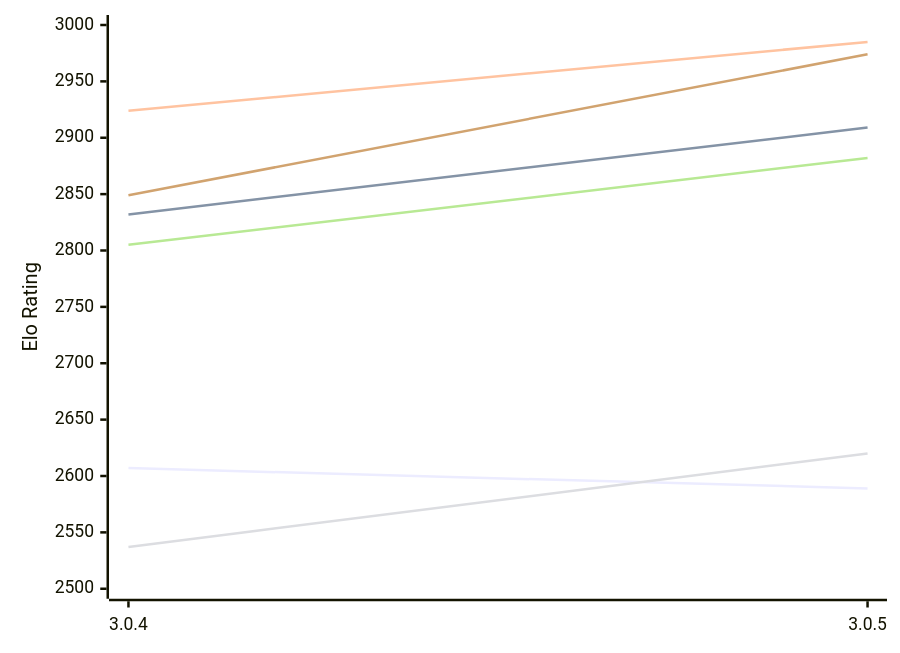
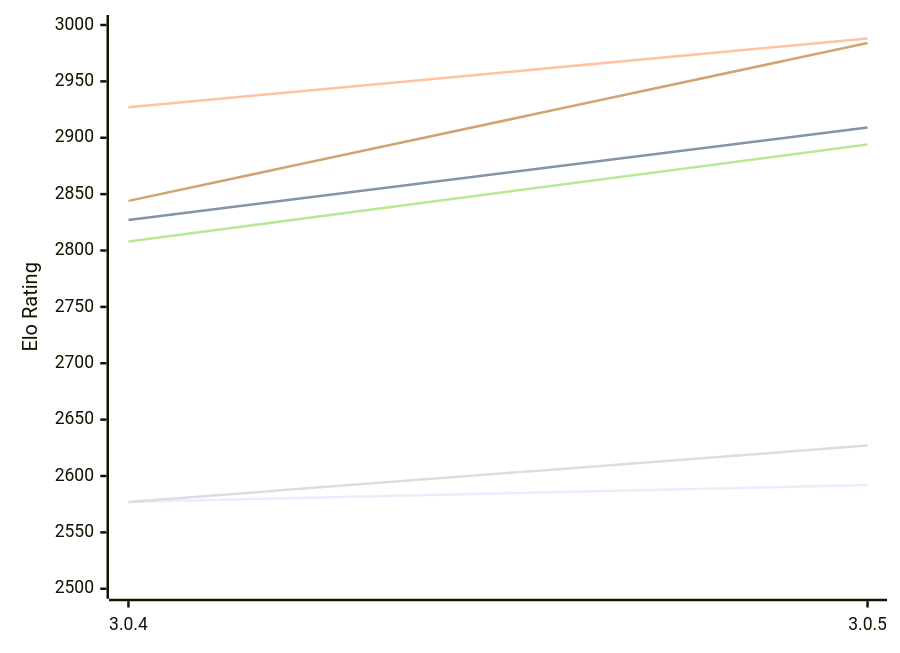
Before and after one commit to computer-chess-index/cci: the first of 2 diagrams in engines/Rudim.md, drawn with Mermaid. The commit also changed other lines of this file, not shown here.

Commit message:
Update CCI Ratings (ELO VLTC) - 2026-11-25

````diff
--- a/engines/Rudim.md
+++ b/engines/Rudim.md
@@ -59,12 +59,12 @@
 ```mermaid
 %%{init: {"theme":"base","themeVariables":{"seriesColors:['#a3a3a3','#222221','#faa371']}}}%%
 xychart-beta
   x-axis ["3.0.4", "3.0.5"]
   y-axis "Elo Rating" 2500 --> 3000
-  line "E1: STC (8.0+0.08s)" [2607, 2589]
-  line "E1: LTC (60.0+0.60s)" [2832, 2909]
-  line "E1: VLTC (2m24s+1.12s)" [2924, 2985]
-  line "P1: STC (8.0+0.08s)" [2537, 2620]
-  line "P1: LTC (60.0+0.60s)" [2805, 2882]
-  line "P1: VLTC (2m24s+1.12s)" [2849, 2974]
+  line "E1: STC (8.0+0.08s)" [2577, 2592]
+  line "E1: LTC (60.0+0.60s)" [2827, 2909]
+  line "E1: VLTC (2m24s+1.12s)" [2927, 2988]
+  line "P1: STC (8.0+0.08s)" [2577, 2627]
+  line "P1: LTC (60.0+0.60s)" [2808, 2894]
+  line "P1: VLTC (2m24s+1.12s)" [2844, 2984]
 ```
````
